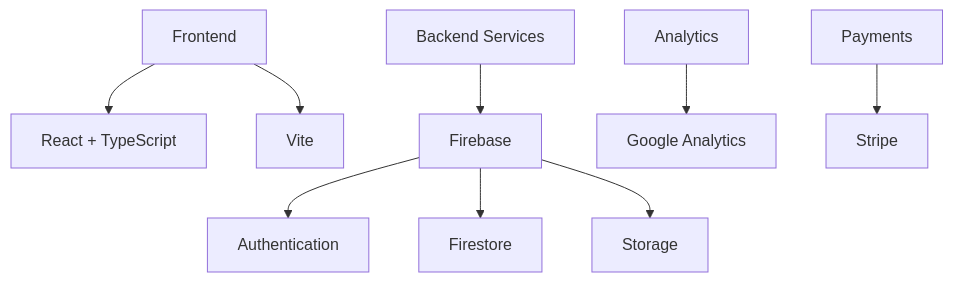
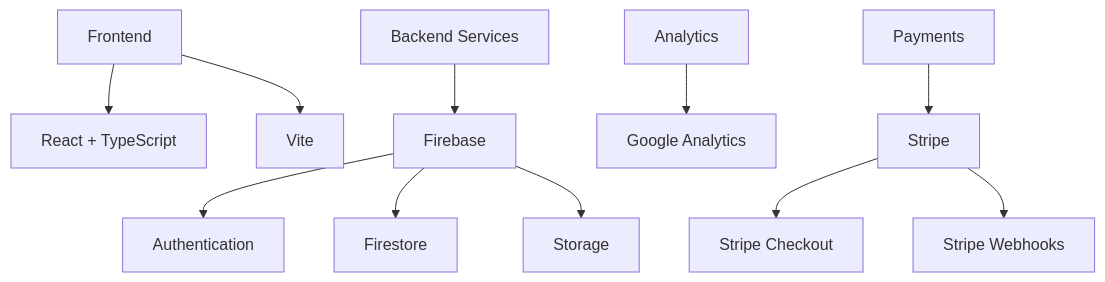
One commit to Bgr8Dev/Bgr8 changed the diagram in README.md. Above: the diagram before and after it, drawn with Mermaid. The commit also changed other lines of this file, not shown here.

````diff
--- a/README.md
+++ b/README.md
@@ -69,11 +71,13 @@
 ```mermaid
 graph TD
     A[Frontend] --> B[React + TypeScript]
     A --> C[Vite]
     D[Backend Services] --> E[Firebase]
     E --> F[Authentication]
     E --> G[Firestore]
     E --> H[Storage]
     I[Analytics] --> J[Google Analytics]
     K[Payments] --> L[Stripe]
+    L --> M[Stripe Checkout]
+    L --> N[Stripe Webhooks]
 ```
````
